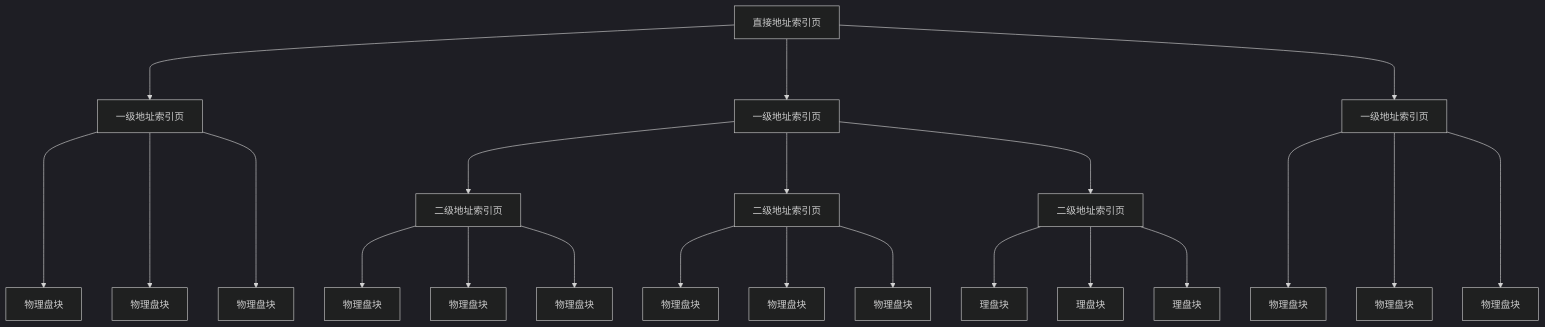
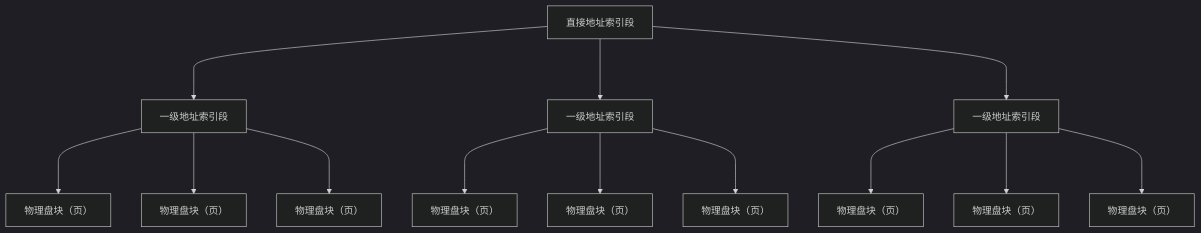
The diagram in MySql/18.索引的数据结构.md (hhuabin/note), drawn with Mermaid (dark theme) before and after one commit. The commit also changed other lines of this file and 12 other files, not shown here.

````diff
--- a/MySql/18.索引的数据结构.md
+++ b/MySql/18.索引的数据结构.md
@@ -39,30 +85,18 @@
 ```mermaid
 graph TB
-A[直接地址索引页] ---> B[一级地址索引页]
-A ---> C[一级地址索引页]
-A ---> D[一级地址索引页]
+A[直接地址索引段] ---> B[一级地址索引段]
+A ---> C[一级地址索引段]
+A ---> D[一级地址索引段]
 
-B -----> E[物理盘块]
-B -----> F[物理盘块]
-B -----> G[物理盘块]
+B ---> E[物理盘块（页）]
+B ---> F[物理盘块（页）]
+B ---> G[物理盘块（页）]
 
-C ---> H[二级地址索引页]
-C ---> I[二级地址索引页]
-C ---> J[二级地址索引页]
+C ---> H[物理盘块（页）]
+C ---> I[物理盘块（页）]
+C ---> J[物理盘块（页）]
 
-D -----> K[物理盘块]
-D -----> L[物理盘块]
-D -----> M[物理盘块]
-
-H ---> N[物理盘块]
-H ---> O[物理盘块]
-H ---> P[物理盘块]
-
-I ---> R[物理盘块]
-I ---> S[物理盘块]
-I ---> T[物理盘块]
-
-J ---> U[理盘块]
-J ---> V[理盘块]
-J ---> W[理盘块]
+D ---> K[物理盘块（页）]
+D ---> L[物理盘块（页）]
+D ---> M[物理盘块（页）]
 ```
````
